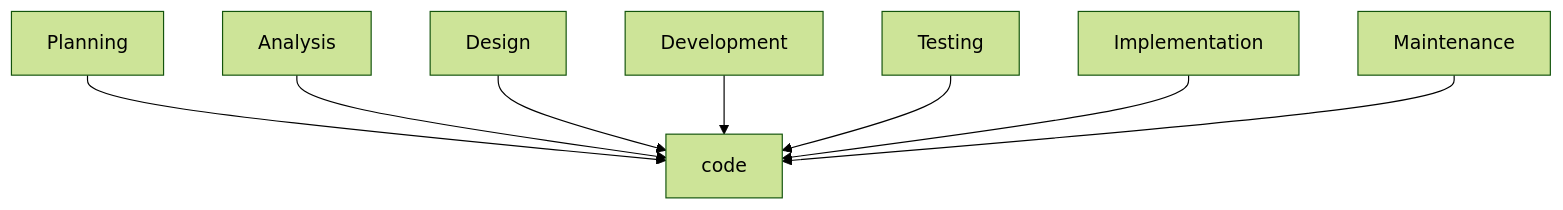
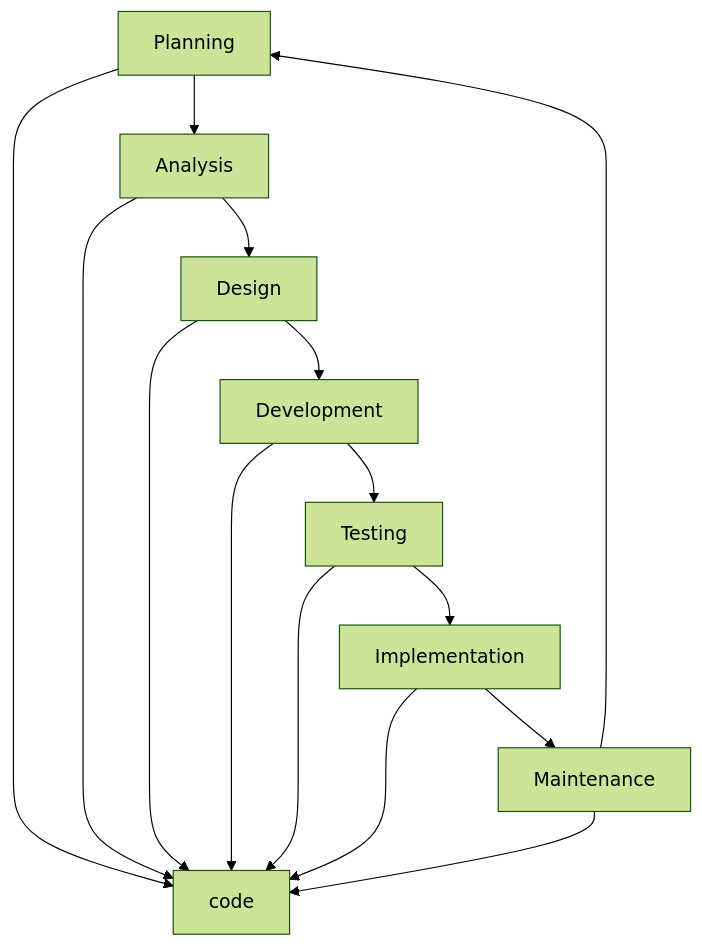
The first of 2 diagrams in README.md (alex-mccombie/resume_readme), drawn with Mermaid (forest theme) before and after one commit.

````diff
--- a/README.md
+++ b/README.md
@@ -276,10 +276,17 @@
 ```mermaid
   graph TD;
       Planning-->code;
+      Planning-->Analysis;
       Analysis-->code;
+      Analysis-->Design;
       Design-->code;
+      Design-->Development;
       Development-->code;
+      Development-->Testing;
       Testing-->code;
+      Testing-->Implementation;
       Implementation-->code;
+      Implementation-->Maintenance;
       Maintenance-->code;
+      Maintenance-->Planning;
 ```
````
